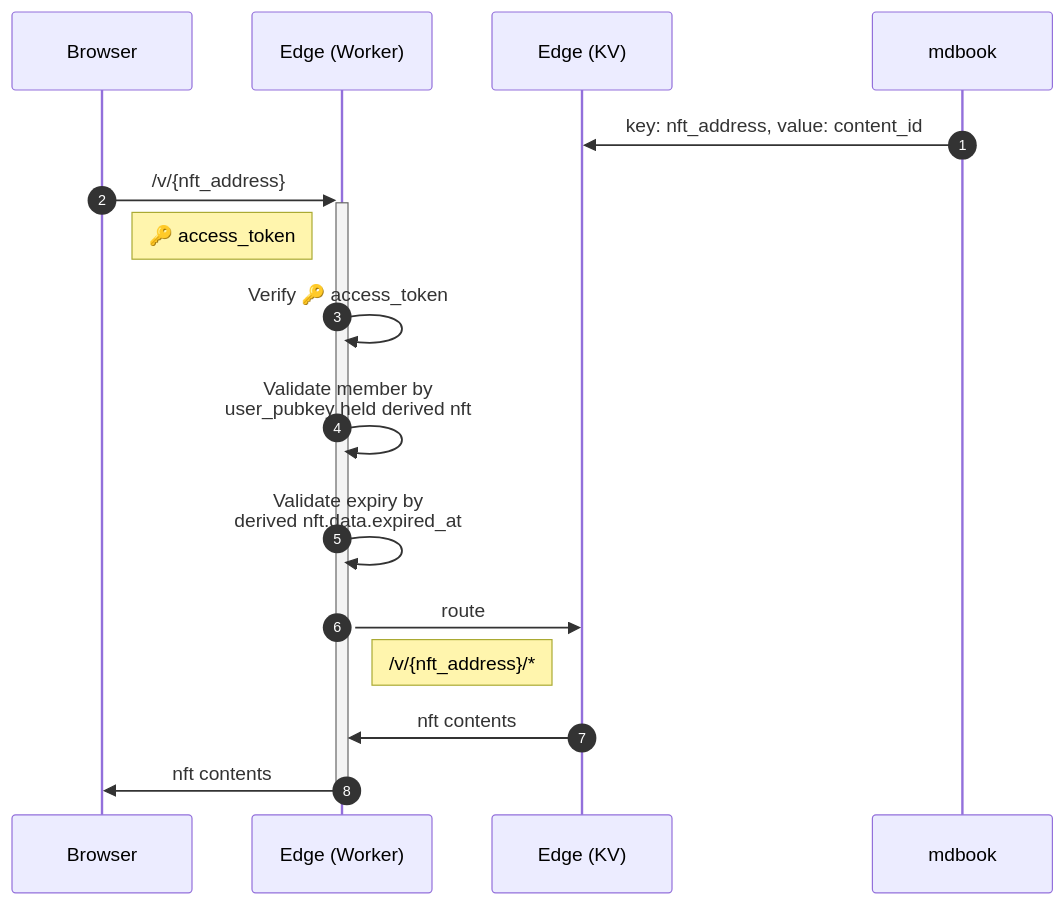
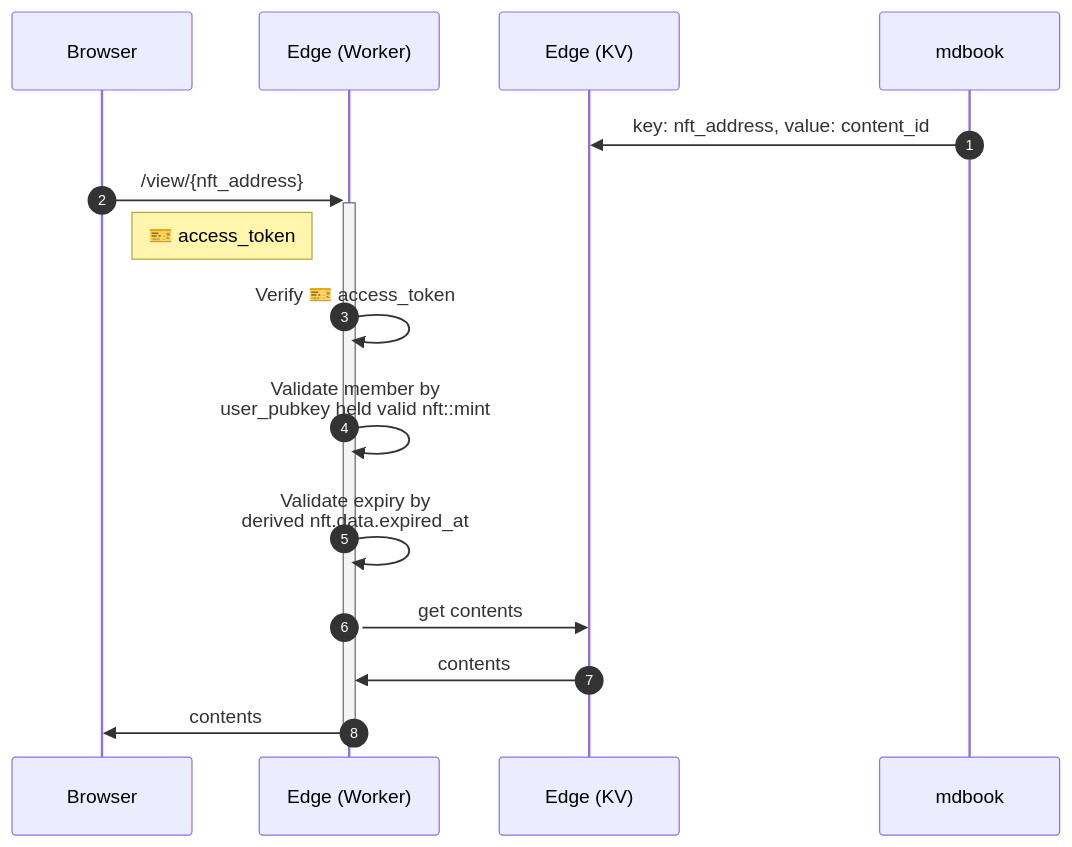
Before and after one commit to gist-rs/book: the fourth of 5 diagrams in src/solana/nft-memberships.md, drawn with Mermaid. The commit also changed other lines of this file and 2 other files, not shown here.

````diff
--- a/src/solana/nft-memberships.md
+++ b/src/solana/nft-memberships.md
@@ -68,18 +68,17 @@
 ```mermaid
 sequenceDiagram
   autonumber
   participant browser as Browser
   participant edge as Edge (Worker)
   participant cf_kv as Edge (KV)
   participant mdbook as mdbook
   mdbook->>cf_kv: key: nft_address, value: content_id
-  browser->>+edge: /v/{nft_address}
-  Note right of browser: 🔑 access_token
-  edge->>edge: Verify 🔑 access_token
-  edge->>edge: Validate member by<br>user_pubkey held derived nft
+  browser->>+edge: /view/{nft_address}
+  Note right of browser: 🎫 access_token
+  edge->>edge: Verify 🎫 access_token
+  edge->>edge: Validate member by<br>user_pubkey held valid nft::mint
   edge->>edge: Validate expiry by<br>derived nft.data.expired_at
-  edge->>cf_kv: route
-  Note right of edge: /v/{nft_address}/*
-  cf_kv->>edge: nft contents
-  edge->>-browser: nft contents
+  edge->>cf_kv: get contents
+  cf_kv->>edge: contents
+  edge->>-browser: contents
 ```
````
